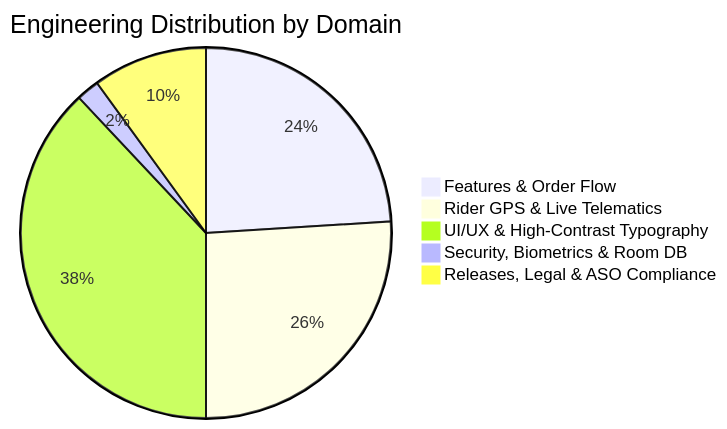
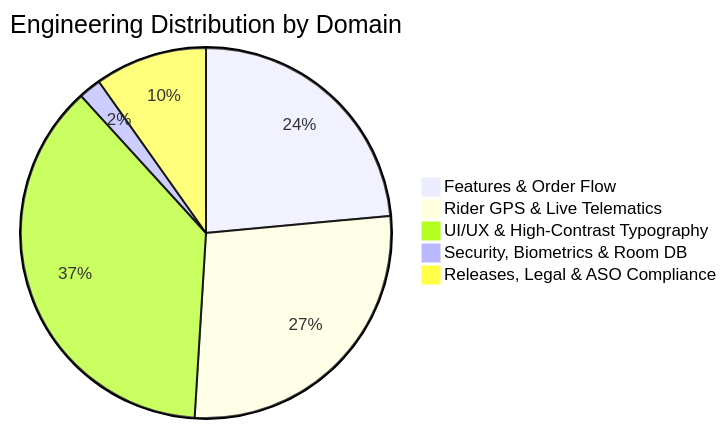
One commit to daniyal44/Zyphuel-App changed the second of 2 diagrams in README.md. Above: the diagram before and after it, drawn with Mermaid. The commit also changed other lines of this file, not shown here.

Commit message:
chore(dashboard): auto-update code-based engineering velocity graph [skip ci]

````diff
--- a/README.md
+++ b/README.md
@@ -60,8 +60,8 @@
 ```mermaid
 pie title Engineering Distribution by Domain
     "Features & Order Flow" : 12
-    "Rider GPS & Live Telematics" : 13
+    "Rider GPS & Live Telematics" : 14
     "UI/UX & High-Contrast Typography" : 19
     "Security, Biometrics & Room DB" : 1
     "Releases, Legal & ASO Compliance" : 5
 ```
````
